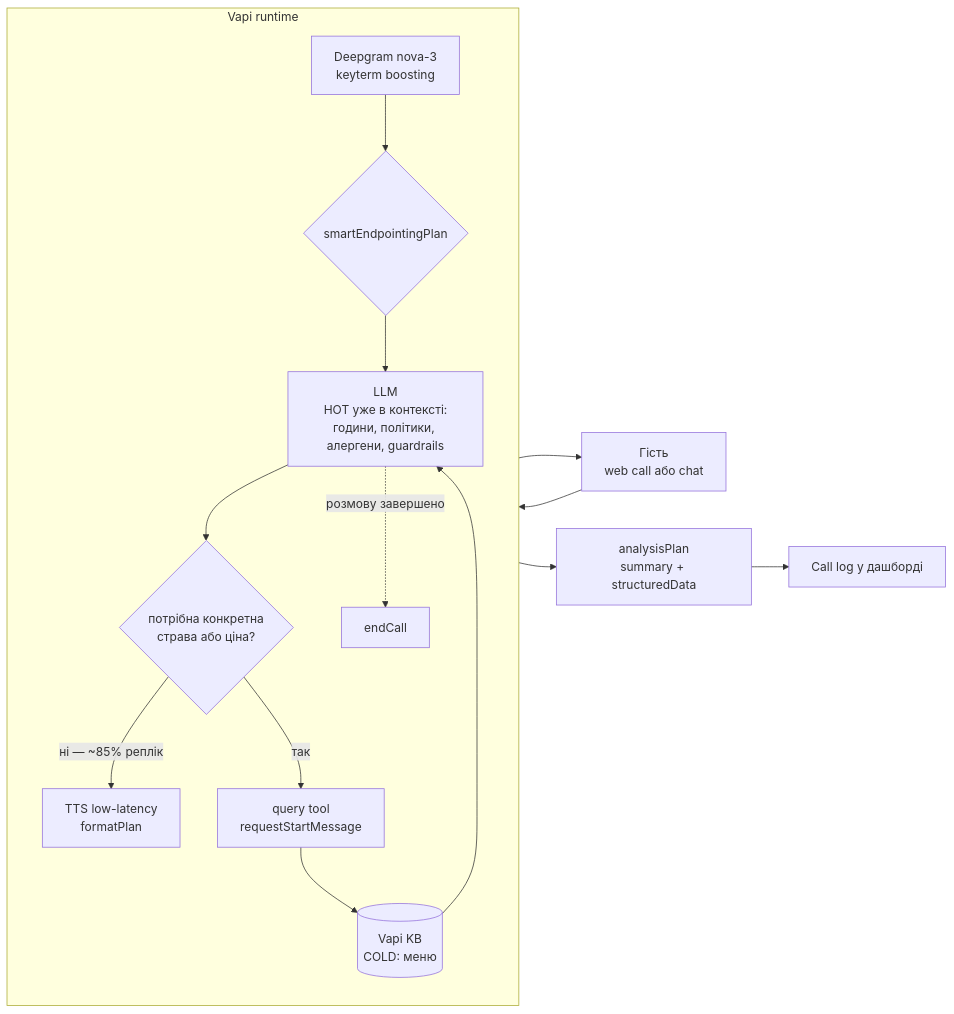
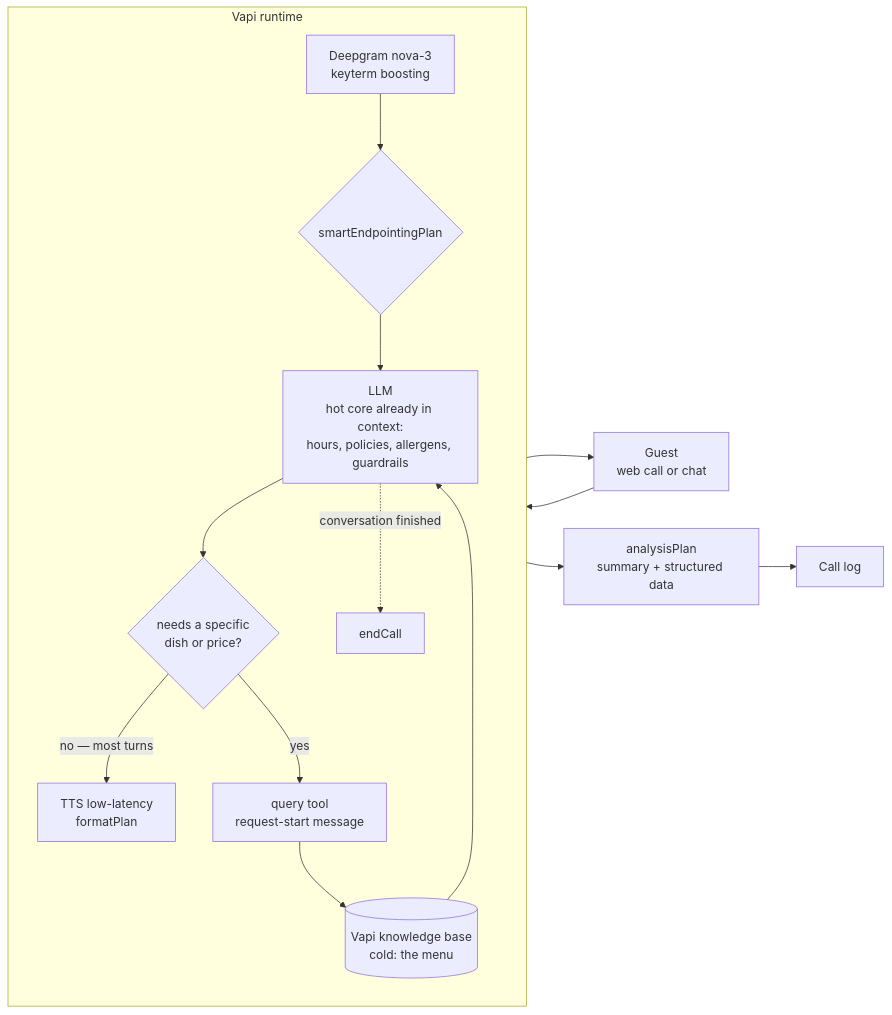
Before and after one commit to Dmitriymush/lemongrass-voice-agent: the diagram in docs/diagrams/01-runtime.mmd, drawn with Mermaid. The commit also changed 14 other files, not shown here.

First line of the commit message:
Translate the architecture and diagrams into English

```diff
--- a/docs/diagrams/01-runtime.mmd
+++ b/docs/diagrams/01-runtime.mmd
@@ -1,28 +1,28 @@
 flowchart LR
-    G["Гість<br/>web call або chat"]
+    G["Guest<br/>web call or chat"]
 
     subgraph VAPI["Vapi runtime"]
         direction TB
         STT["Deepgram nova-3<br/>keyterm boosting"]
         EP{"smartEndpointingPlan"}
-        LLM["LLM<br/>HOT уже в контексті:<br/>години, політики, алергени, guardrails"]
-        Q{"потрібна конкретна<br/>страва або ціна?"}
-        QT["query tool<br/>requestStartMessage"]
-        KB[("Vapi KB<br/>COLD: меню")]
+        LLM["LLM<br/>hot core already in context:<br/>hours, policies, allergens, guardrails"]
+        Q{"needs a specific<br/>dish or price?"}
+        QT["query tool<br/>request-start message"]
+        KB[("Vapi knowledge base<br/>cold: the menu")]
         TTS["TTS low-latency<br/>formatPlan"]
         EC["endCall"]
 
         STT --> EP
         EP --> LLM
         LLM --> Q
-        Q -->|"ні — ~85% реплік"| TTS
-        Q -->|"так"| QT
+        Q -->|"no — most turns"| TTS
+        Q -->|"yes"| QT
         QT --> KB
         KB --> LLM
-        LLM -.->|"розмову завершено"| EC
+        LLM -.->|"conversation finished"| EC
     end
 
     G --> STT
     TTS --> G
-    EC --> AN["analysisPlan<br/>summary + structuredData"]
-    AN --> LOG["Call log у дашборді"]
+    EC --> AN["analysisPlan<br/>summary + structured data"]
+    AN --> LOG["Call log"]
```
